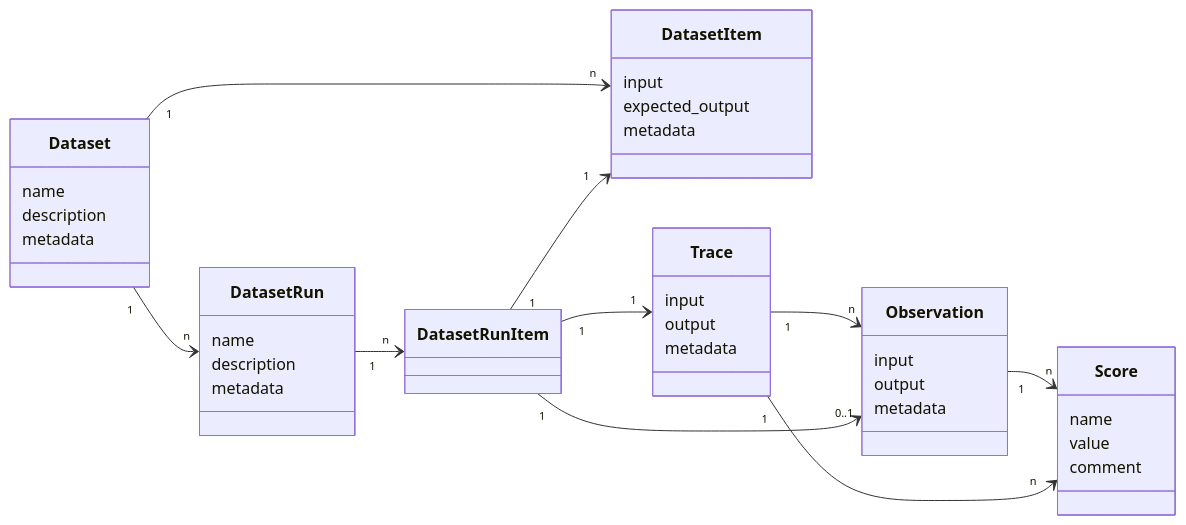
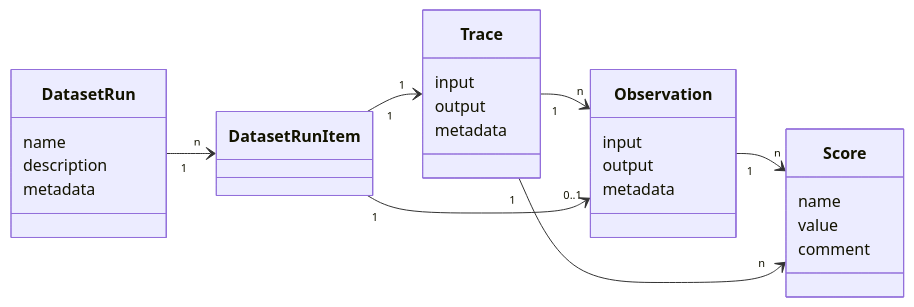
The second of 3 diagrams in components-mdx/datasets-datamodel.mdx (langfuse/langfuse-docs), drawn with Mermaid before and after one commit. The commit also changed other lines of this file and 1 other file, not shown here.

````diff
--- a/components-mdx/datasets-datamodel.mdx
+++ b/components-mdx/datasets-datamodel.mdx
@@ -9,62 +37,39 @@
 ```mermaid
 classDiagram
 direction LR
-    class Dataset {
-        name
-        description
-        metadata
-    }
-
-    class DatasetItem {
-        input
-        expected_output
-        metadata
-    }
-
-    Dataset "1" --> "n" DatasetItem
-
-
-
     class DatasetRun {
         name
         description
         metadata
     }
 
-    Dataset "1" --> "n" DatasetRun
     DatasetRun "1" --> "n" DatasetRunItem
 
     class DatasetRunItem {
     }
 
     class Trace {
         input
         output
         metadata
     }
 
     class Observation {
         input
         output
         metadata
     }
 
-
-    DatasetRunItem "1" --> "1" DatasetItem
-
     Trace "1" --> "n" Observation
     DatasetRunItem "1" --> "1" Trace
     DatasetRunItem "1" --> "0..1" Observation
 
-
-
     Observation "1" --> "n" Score
-
     Trace "1" --> "n" Score
 
     class Score {
         name
         value
         comment
     }
 ```
````
